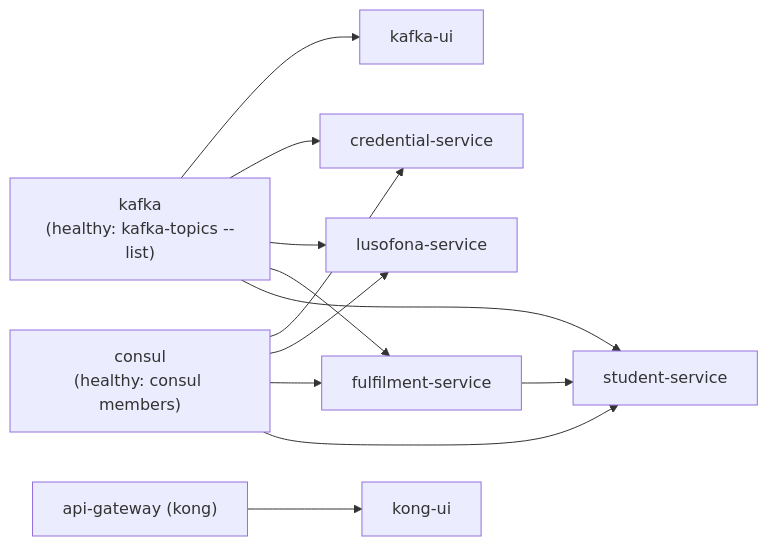
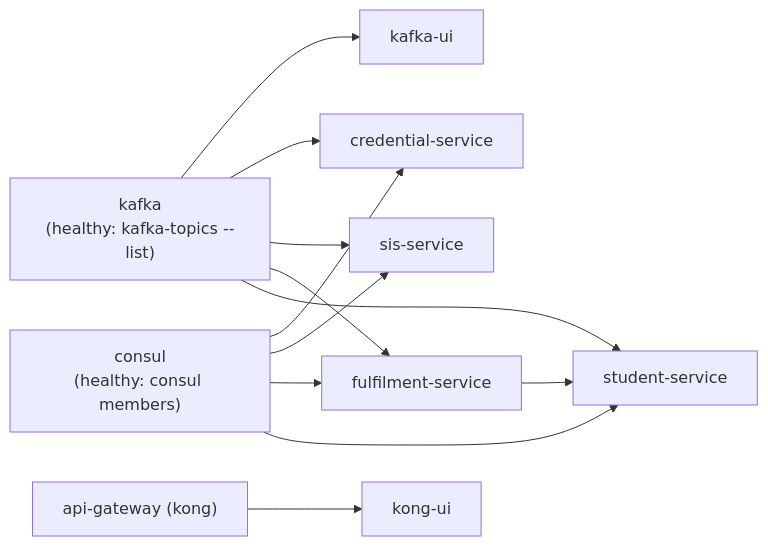
The second of 3 diagrams in docs/DEPLOYMENT.md (marcelogdomingues/ulht-dcs-public), drawn with Mermaid before and after one commit. The commit also changed other lines of this file and 600 other files, not shown here.

````diff
--- a/docs/DEPLOYMENT.md
+++ b/docs/DEPLOYMENT.md
@@ -143,17 +143,17 @@
 ```mermaid
 flowchart LR
     kafka["kafka<br/>(healthy: kafka-topics --list)"]
     consul["consul<br/>(healthy: consul members)"]
 
     kafka --> kui["kafka-ui"]
     kafka --> credential["credential-service"]
-    kafka --> lusofona["lusofona-service"]
+    kafka --> sis["sis-service"]
     kafka --> fulfilment["fulfilment-service"]
     consul --> credential
-    consul --> lusofona
+    consul --> sis
     consul --> fulfilment
     consul --> student["student-service"]
     kafka --> student
     fulfilment --> student
     kong["api-gateway (kong)"] --> kongui["kong-ui"]
 ```
````
